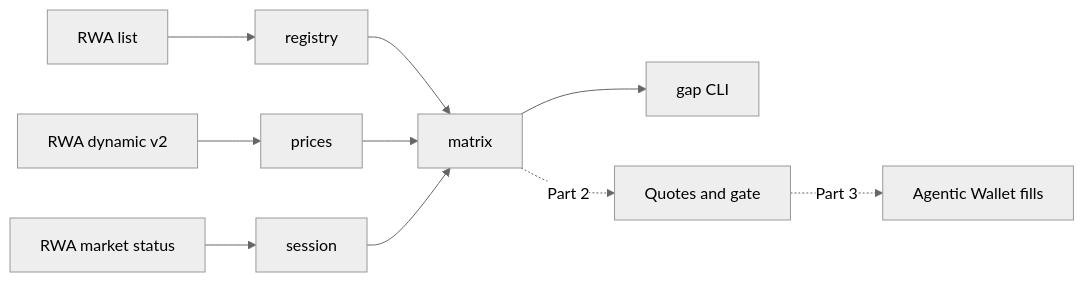
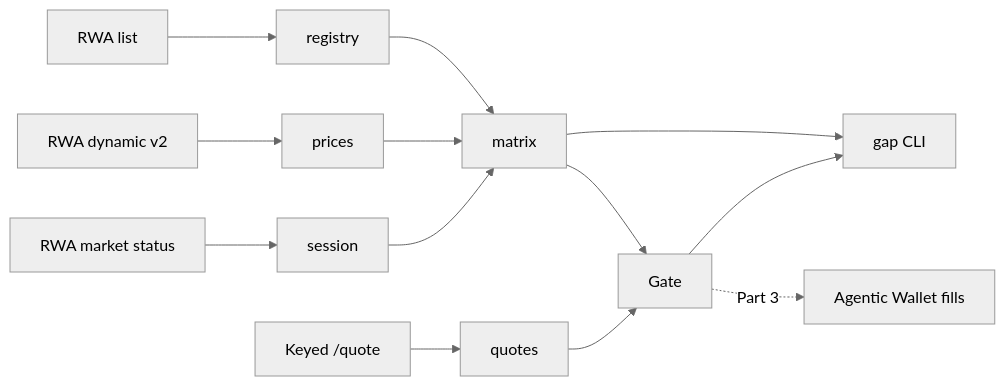
Before and after one commit to Assassin859/executable-gap-desk: the diagram in README.md, drawn with Mermaid (neutral theme). The commit also changed other lines of this file and 1 other file, not shown here.

Commit message:
Document Part 2: Truth Card, snapshot results, gate policy and six new DX findings

````diff
--- a/README.md
+++ b/README.md
@@ -53,12 +106,15 @@
 ```mermaid
 flowchart LR
   listApi[RWA list] --> registry
   statusApi[RWA market status] --> session
   dynApi[RWA dynamic v2] --> prices
   registry --> matrix
   prices --> matrix
   session --> matrix
   matrix --> cli[gap CLI]
-  matrix -.->|Part 2| gate[Quotes and gate]
+  quoteApi[Keyed /quote] --> quotes
+  matrix --> gate[Gate]
+  quotes --> gate
+  gate --> cli
   gate -.->|Part 3| baw[Agentic Wallet fills]
 ```
````
